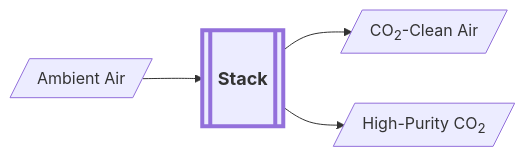
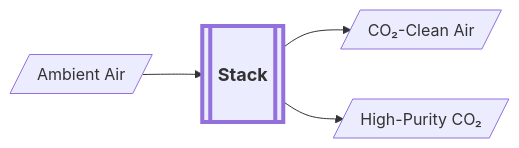
Before and after one commit to yuroucelinexiao/ionic-stacks: the second of 2 diagrams in content/tech/sectors/dac/_index.md, drawn with Mermaid. The commit also changed other lines of this file and 32 other files, not shown here.

```diff
--- a/content/tech/sectors/dac/_index.md
+++ b/content/tech/sectors/dac/_index.md
@@ -56,19 +56,19 @@
 {{<mermaid >}}
   flowchart LR
 
   %% define the nodes
     Ambient[/"Ambient Air"/]
-    Clean[/"CO<sub>2</sub>-Clean Air"/]
+    Clean[/"CO₂-Clean Air"/]
     Stack[["Stack"]]
-    Pure[/"High-Purity CO<sub>2</sub>"/]
+    Pure[/"High-Purity CO₂"/]
 
   %% define the flow
     Ambient --> Stack
     Stack --> Clean
     Stack --> Pure
 
    %% styling
     classDef StackStyle padding:25px 50px,stroke-width:4px,font-weight:bold,font-size:18px;
     class Stack StackStyle
 
 {{</mermaid >}}
```
